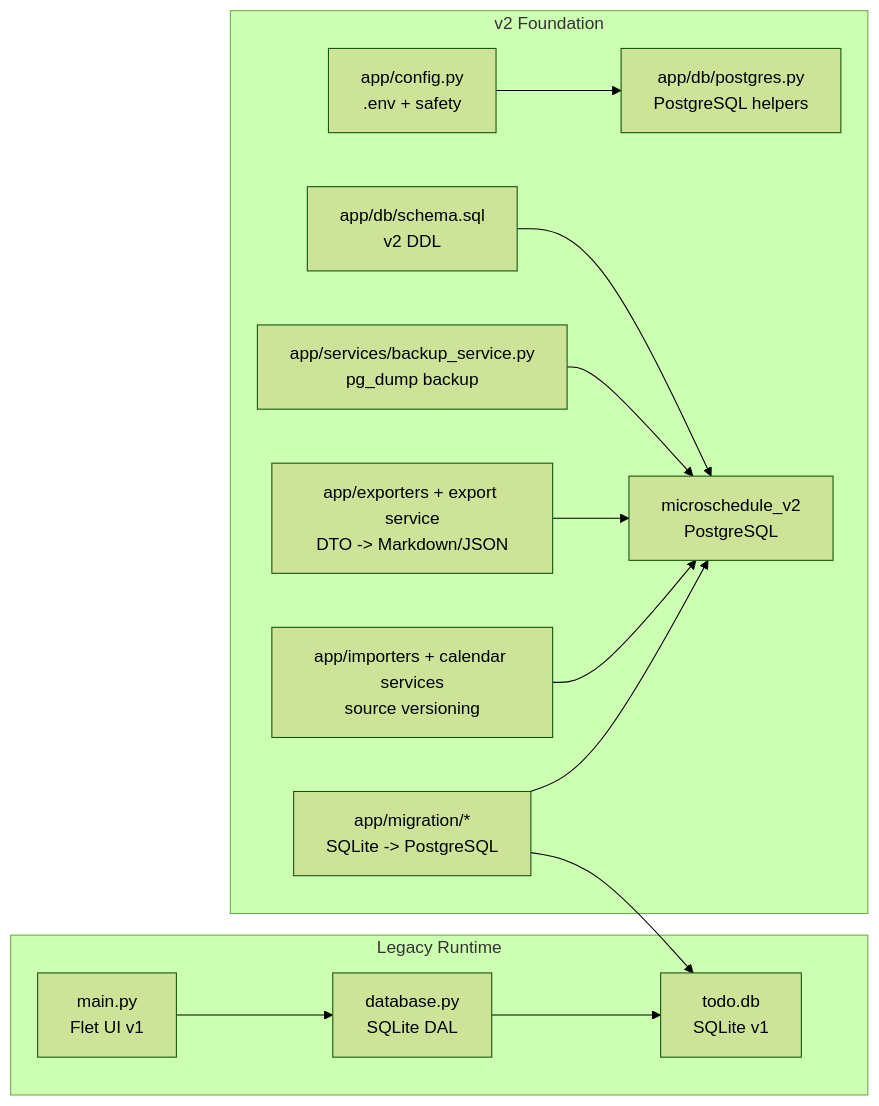
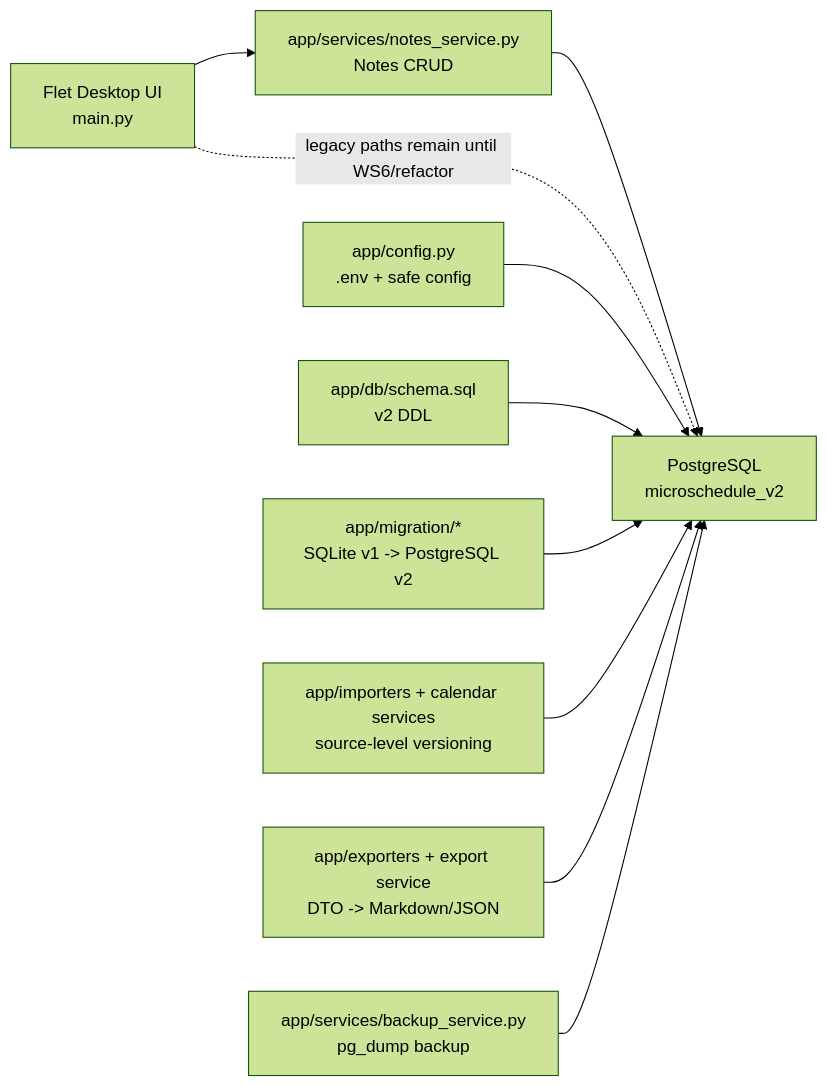
One commit to NguyenHaiHung0510/VC_QuanLyThoiGian changed the diagram in docs/SYSTEM_ARCHITECTURE.md. Above: the diagram before and after it, drawn with Mermaid (forest theme). The commit also changed other lines of this file and 16 other files, not shown here.

````diff
--- a/docs/SYSTEM_ARCHITECTURE.md
+++ b/docs/SYSTEM_ARCHITECTURE.md
@@ -18,28 +9,21 @@
 ```mermaid
 graph LR
-    subgraph "Legacy Runtime"
-      V1UI["main.py<br/>Flet UI v1"]
-      V1DB["database.py<br/>SQLite DAL"]
-      SQLITE["todo.db<br/>SQLite v1"]
-    end
+    UI["Flet Desktop UI<br/>main.py"]
+    CFG["app/config.py<br/>.env + safe config"]
+    PG["PostgreSQL<br/>microschedule_v2"]
+    SCHEMA["app/db/schema.sql<br/>v2 DDL"]
+    MIG["app/migration/*<br/>SQLite v1 -> PostgreSQL v2"]
+    IMPORT["app/importers + calendar services<br/>source-level versioning"]
+    EXPORT["app/exporters + export service<br/>DTO -> Markdown/JSON"]
+    NOTES["app/services/notes_service.py<br/>Notes CRUD"]
+    BACKUP["app/services/backup_service.py<br/>pg_dump backup"]
 
-    subgraph "v2 Foundation"
-      CFG["app/config.py<br/>.env + safety"]
-      PG["app/db/postgres.py<br/>PostgreSQL helpers"]
-      SCHEMA["app/db/schema.sql<br/>v2 DDL"]
-      MIG["app/migration/*<br/>SQLite -> PostgreSQL"]
-      IMP["app/importers + calendar services<br/>source versioning"]
-      EXP["app/exporters + export service<br/>DTO -> Markdown/JSON"]
-      BAK["app/services/backup_service.py<br/>pg_dump backup"]
-      PGDB["microschedule_v2<br/>PostgreSQL"]
-    end
-
-    V1UI --> V1DB --> SQLITE
-    MIG --> SQLITE
-    MIG --> PGDB
-    IMP --> PGDB
-    EXP --> PGDB
-    BAK --> PGDB
+    UI --> NOTES --> PG
+    UI -.legacy paths remain until WS6/refactor.-> PG
     CFG --> PG
-    SCHEMA --> PGDB
+    SCHEMA --> PG
+    MIG --> PG
+    IMPORT --> PG
+    EXPORT --> PG
+    BACKUP --> PG
 ```
````
